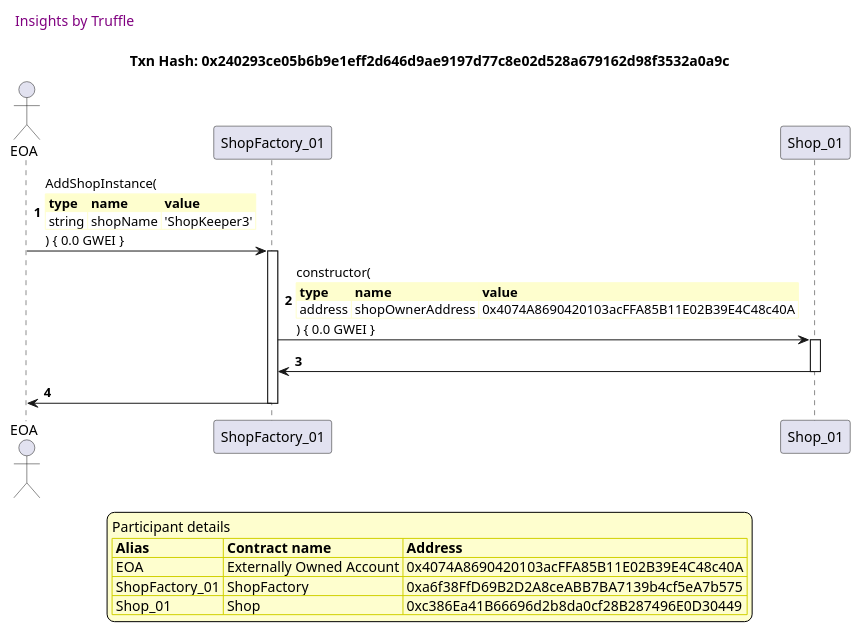
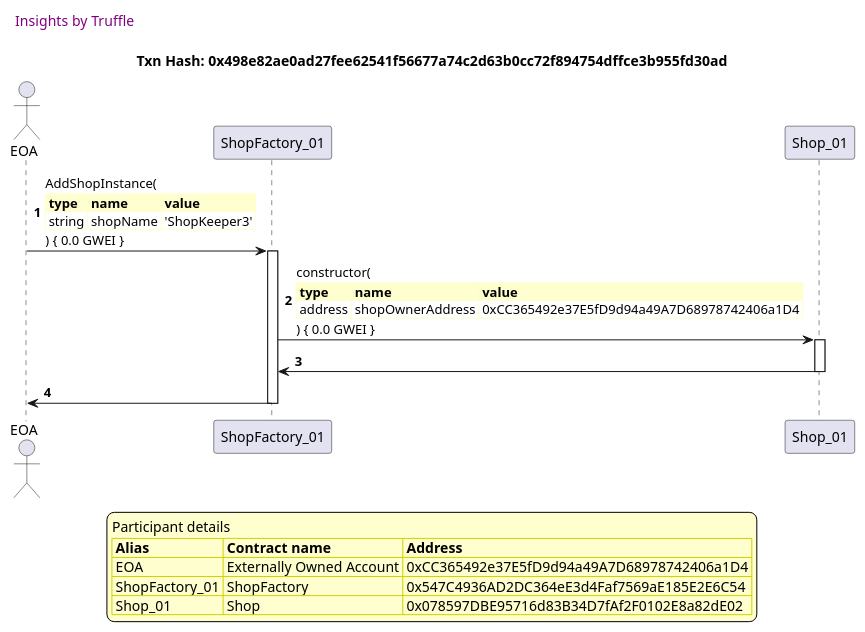
Before and after one commit to thedarkjester/ConsensysAssignment: the tenth of 58 diagrams in truffle-seq/Shop_test_shopfactory_manage_shop.md, drawn with PlantUML. The commit also changed other lines of this file and 13 other files, not shown here.

````diff
--- a/truffle-seq/Shop_test_shopfactory_manage_shop.md
+++ b/truffle-seq/Shop_test_shopfactory_manage_shop.md
@@ -459,47 +459,47 @@
 ```plantuml
 
 
 @startuml
 
 autonumber
 skinparam legendBackgroundColor #FEFECE
 
 <style>
       header {
         HorizontalAlignment left
         FontColor purple
         FontSize 14
         Padding 10
       }
     </style>
 
 header Insights by Truffle
 
-title Txn Hash: 0x240293ce05b6b9e1eff2d646d9ae9197d77c8e02d528a679162d98f3532a0a9c
+title Txn Hash: 0x498e82ae0ad27fee62541f56677a74c2d63b0cc72f894754dffce3b955fd30ad
 
 
 actor EOA as "EOA"
 participant ShopFactory_01 as "ShopFactory_01"
 participant Shop_01 as "Shop_01"
 
 "EOA" -> "ShopFactory_01" ++: AddShopInstance(\n\
 <#FEFECE,#FEFECE>|= type |= name |= value |\n\
 | string | shopName | 'ShopKeeper3' |\n\
 ) { 0.0 GWEI }
 "ShopFactory_01" -> "Shop_01" ++: constructor(\n\
 <#FEFECE,#FEFECE>|= type |= name |= value |\n\
-| address | shopOwnerAddress | 0x4074A8690420103acFFA85B11E02B39E4C48c40A |\n\
+| address | shopOwnerAddress | 0xCC365492e37E5fD9d94a49A7D68978742406a1D4 |\n\
 ) { 0.0 GWEI }
 "Shop_01" -> "ShopFactory_01" --: 
 "ShopFactory_01" -> "EOA" --: 
 
 legend
 Participant details
 <#FEFECE,#D0D000>|= Alias |= Contract name |= Address |
-<#FEFECE>| EOA | Externally Owned Account | 0x4074A8690420103acFFA85B11E02B39E4C48c40A |
-<#FEFECE>| ShopFactory_01 | ShopFactory | 0xa6f38FfD69B2D2A8ceABB7BA7139b4cf5eA7b575 |
-<#FEFECE>| Shop_01 | Shop | 0xc386Ea41B66696d2b8da0cf28B287496E0D30449 |
+<#FEFECE>| EOA | Externally Owned Account | 0xCC365492e37E5fD9d94a49A7D68978742406a1D4 |
+<#FEFECE>| ShopFactory_01 | ShopFactory | 0x547C4936AD2DC364eE3d4Faf7569aE185E2E6C54 |
+<#FEFECE>| Shop_01 | Shop | 0x078597DBE95716d83B34D7fAf2F0102E8a82dE02 |
 endlegend
 
 @enduml
 ```
````
